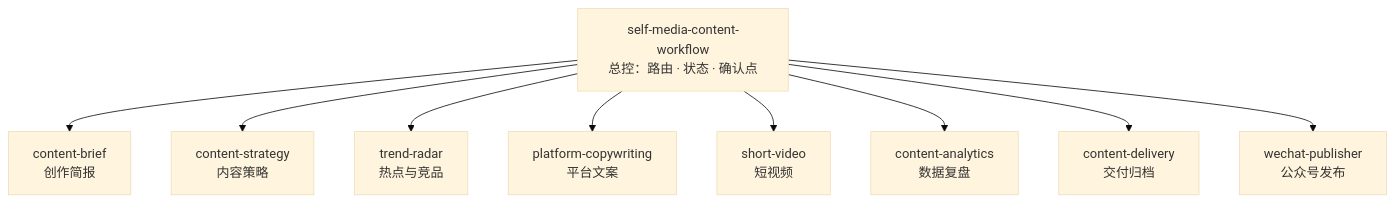
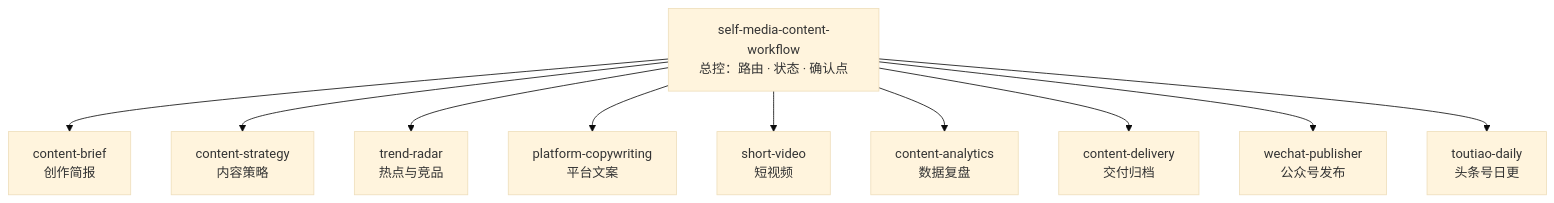
Before and after one commit to huangzigen666/self-media-content-workflow: the diagram in README.md, drawn with Mermaid (base theme). The commit also changed other lines of this file and 10 other files, not shown here.

Commit message:
feat(toutiao): add daily publishing workflow

````diff
--- a/README.md
+++ b/README.md
@@ -19,12 +19,13 @@
 ```mermaid
 graph TD
     W["self-media-content-workflow<br/>总控：路由 · 状态 · 确认点"]
     W --> B["content-brief<br/>创作简报"]
     W --> S["content-strategy<br/>内容策略"]
     W --> R["trend-radar<br/>热点与竞品"]
     W --> C["platform-copywriting<br/>平台文案"]
     W --> V["short-video<br/>短视频"]
     W --> A["content-analytics<br/>数据复盘"]
     W --> D["content-delivery<br/>交付归档"]
     W --> P["wechat-publisher<br/>公众号发布"]
+    W --> T["toutiao-daily<br/>头条号日更"]
 ```
````
